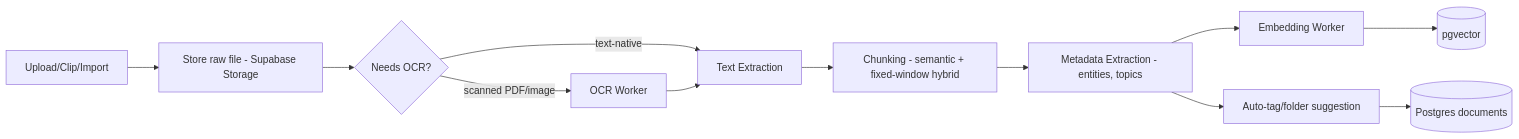
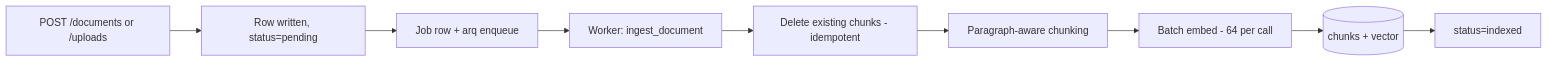
One commit to dooddles07/Cortex-Vault changed the third of 3 diagrams in docs/ARCHITECTURE.md. Above: the diagram before and after it, drawn with Mermaid. The commit also changed other lines of this file and 10 other files, not shown here.

Commit message:
docs: rewrite architecture and add full docs set; test: local dev compose and smoke tests

````diff
--- a/docs/ARCHITECTURE.md
+++ b/docs/ARCHITECTURE.md
@@ -100,14 +100,11 @@
 ```mermaid
 flowchart LR
-    A[Upload/Clip/Import] --> B[Store raw file - Supabase Storage]
-    B --> C{Needs OCR?}
-    C -->|scanned PDF/image| D[OCR Worker]
-    C -->|text-native| E[Text Extraction]
-    D --> E
-    E --> F[Chunking - semantic + fixed-window hybrid]
-    F --> G[Metadata Extraction - entities, topics]
-    G --> H[Embedding Worker]
-    H --> I[(pgvector)]
-    G --> J[Auto-tag/folder suggestion]
-    J --> K[(Postgres documents)]
+    A[POST /documents or /uploads] --> B[Row written, status=pending]
+    B --> C[Job row + arq enqueue]
+    C --> D[Worker: ingest_document]
+    D --> E[Delete existing chunks - idempotent]
+    E --> F[Paragraph-aware chunking]
+    F --> G[Batch embed - 64 per call]
+    G --> H[(chunks + vector)]
+    H --> I[status=indexed]
 ```
````
